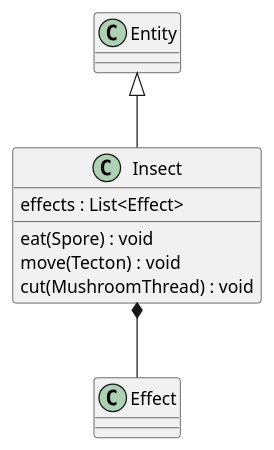
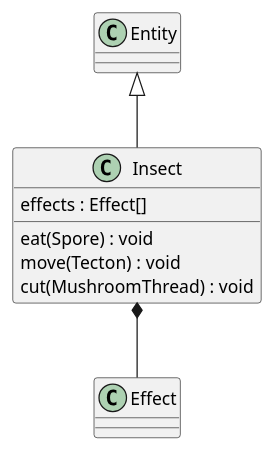
One commit to Petya-G/fungorium changed the diagram in 3/classes/insect.puml. Above: the diagram before and after it, drawn with PlantUML. The commit also changed 3 other files, not shown here.

```diff
--- a/3/classes/insect.puml
+++ b/3/classes/insect.puml
@@ -1,11 +1,11 @@
 @startuml insect
 
 Entity <|-- Insect
 Insect *-- Effect
 class Insect{
-    effects : List<Effect>
+    effects : Effect[]
     eat(Spore) : void
     move(Tecton) : void
     cut(MushroomThread) : void
 }
 @enduml
```
